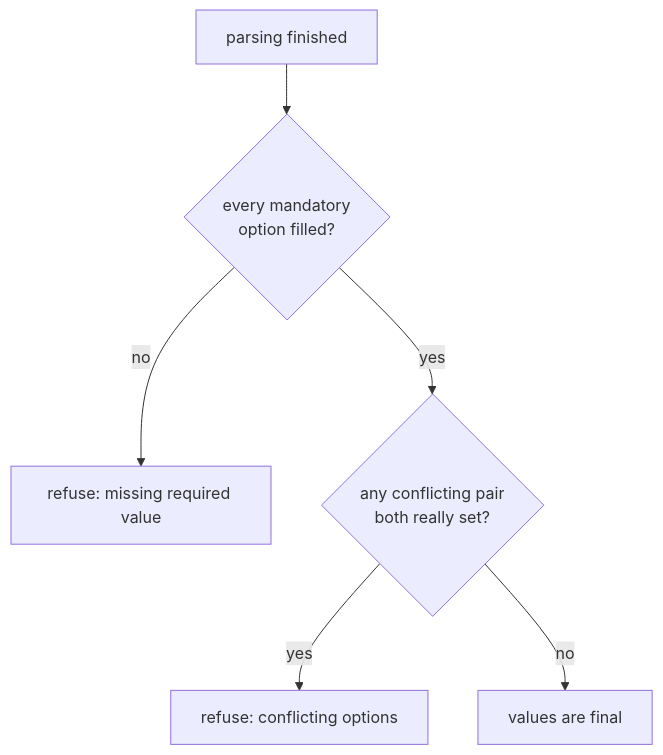
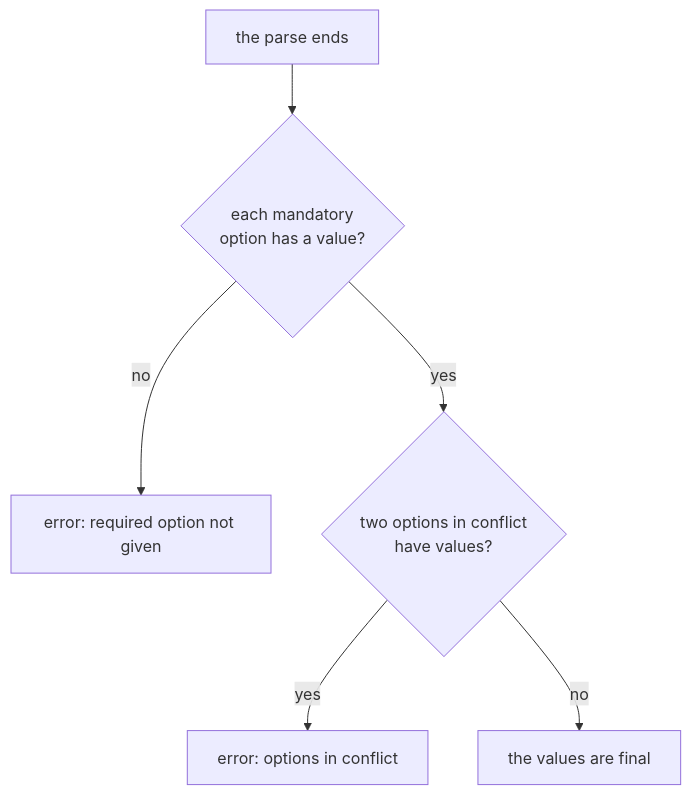
Before and after one commit to KeunwooPark/cluedoc: the fourth of 4 diagrams in docs/examples/commander/.cluedoc/option-parsing/value-resolution/README.md, drawn with Mermaid. The commit also changed other lines of this file and 22 other files, not shown here.

````diff
--- a/docs/examples/commander/.cluedoc/option-parsing/value-resolution/README.md
+++ b/docs/examples/commander/.cluedoc/option-parsing/value-resolution/README.md
@@ -74,8 +105,8 @@
 ```mermaid
 flowchart TD
-    P["parsing finished"] --> M{"every mandatory<br/>option filled?"}
-    M -- no --> FAIL1["refuse: missing required value"]
-    M -- yes --> K{"any conflicting pair<br/>both really set?"}
-    K -- yes --> FAIL2["refuse: conflicting options"]
-    K -- no --> OK["values are final"]
+    P["the parse ends"] --> M{"each mandatory<br/>option has a value?"}
+    M -- no --> FAIL1["error: required option not given"]
+    M -- yes --> K{"two options in conflict<br/>have values?"}
+    K -- yes --> FAIL2["error: options in conflict"]
+    K -- no --> OK["the values are final"]
 ```
````
